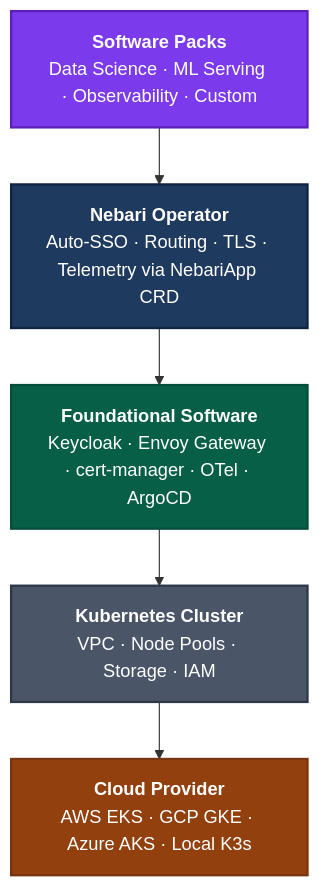
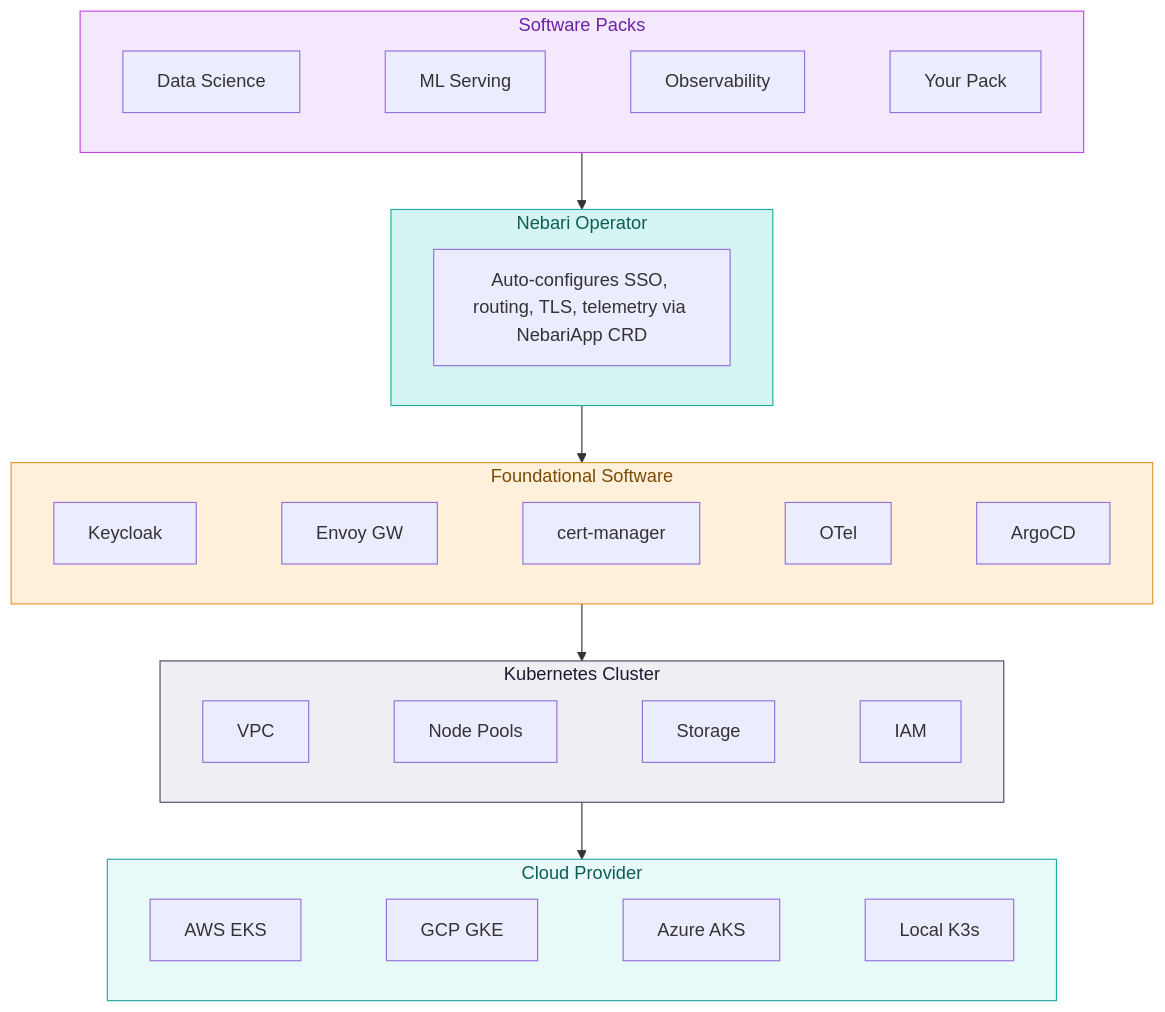
One commit to nebari-dev/nebari-infrastructure-core changed the diagram in README.md. Above: the diagram before and after it, drawn with Mermaid. The commit also changed other lines of this file and 5 other files, not shown here.

````diff
--- a/README.md
+++ b/README.md
@@ -214,16 +55,34 @@
 ```mermaid
-graph TD
-    SP["<b>Software Packs</b><br/>Data Science · ML Serving · Observability · Custom"]
-    NO["<b>Nebari Operator</b><br/>Auto-SSO · Routing · TLS · Telemetry via NebariApp CRD"]
-    FS["<b>Foundational Software</b><br/>Keycloak · Envoy Gateway · cert-manager · OTel · ArgoCD"]
-    K8["<b>Kubernetes Cluster</b><br/>VPC · Node Pools · Storage · IAM"]
-    CP["<b>Cloud Provider</b><br/>AWS EKS · GCP GKE · Azure AKS · Local K3s"]
+flowchart TD
+  subgraph SP["Software Packs"]
+    direction LR
+    ds["Data Science"] ~~~ ml["ML Serving"] ~~~ obs["Observability"] ~~~ custom["Your Pack"]
+  end
 
-    SP --> NO --> FS --> K8 --> CP
+  subgraph NO["Nebari Operator"]
+    op["Auto-configures SSO, routing, TLS, telemetry via NebariApp CRD"]
+  end
 
-    style SP fill:#7c3aed,color:#fff,stroke:#5b21b6,stroke-width:2px
-    style NO fill:#1e3a5f,color:#fff,stroke:#0f2440,stroke-width:2px
-    style FS fill:#065f46,color:#fff,stroke:#064e3b,stroke-width:2px
-    style K8 fill:#4a5568,color:#fff,stroke:#2d3748,stroke-width:2px
-    style CP fill:#92400e,color:#fff,stroke:#78350f,stroke-width:2px
+  subgraph FS["Foundational Software"]
+    direction LR
+    kc["Keycloak"] ~~~ eg["Envoy GW"] ~~~ cm["cert-manager"] ~~~ ot["OTel"] ~~~ ac["ArgoCD"]
+  end
+
+  subgraph K8["Kubernetes Cluster"]
+    direction LR
+    vpc["VPC"] ~~~ np["Node Pools"] ~~~ st["Storage"] ~~~ iam["IAM"]
+  end
+
+  subgraph CP["Cloud Provider"]
+    direction LR
+    aws["AWS EKS"] ~~~ gcp["GCP GKE"] ~~~ az["Azure AKS"] ~~~ k3s["Local K3s"]
+  end
+
+  SP --> NO --> FS --> K8 --> CP
+
+  style SP fill:#f3e8fc,stroke:#c840e9,color:#6b21a8
+  style NO fill:#d4f5f2,stroke:#20aaa1,color:#0d5d57
+  style FS fill:#fef0db,stroke:#e8952c,color:#7c4a03
+  style K8 fill:#eeeef3,stroke:#4a4a6a,color:#1a1a2e
+  style CP fill:#e8faf8,stroke:#20aaa1,color:#0d5d57
 ```
````
